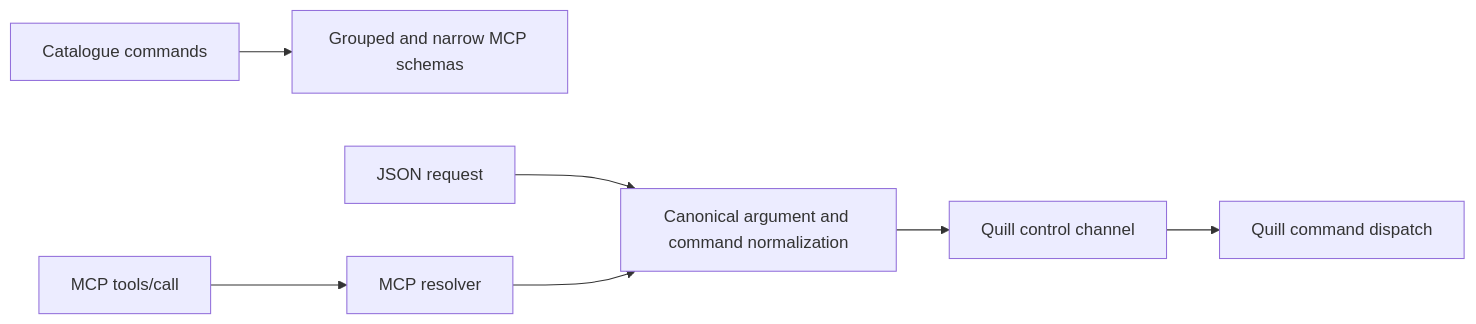
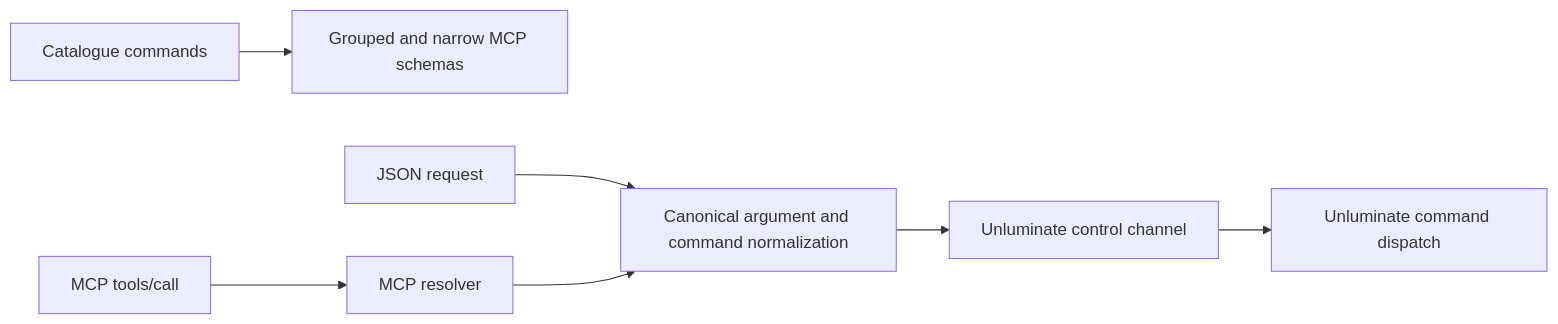
One commit to Black-Rainbow-Labs/Unluminous changed the first of 2 diagrams in tasks/task-1703-mcp-aliases-tdd.md. Above: the diagram before and after it, drawn with Mermaid. The commit also changed other lines of this file and 1291 other files, not shown here.

First line of the commit message:
task-1800: rename Quill to Unluminate

````diff
--- a/tasks/task-1703-mcp-aliases-tdd.md
+++ b/tasks/task-1703-mcp-aliases-tdd.md
@@ -45,9 +45,9 @@
 ```mermaid
 flowchart LR
     C[Catalogue commands] --> S[Grouped and narrow MCP schemas]
     J[JSON request] --> N[Canonical argument and command normalization]
     M[MCP tools/call] --> R[MCP resolver]
     R --> N
-    N --> W[Quill control channel]
-    W --> D[Quill command dispatch]
+    N --> W[Unluminate control channel]
+    W --> D[Unluminate command dispatch]
 ```
````
